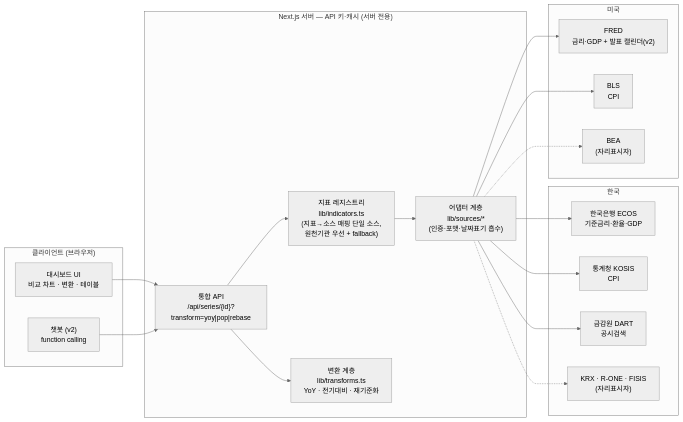
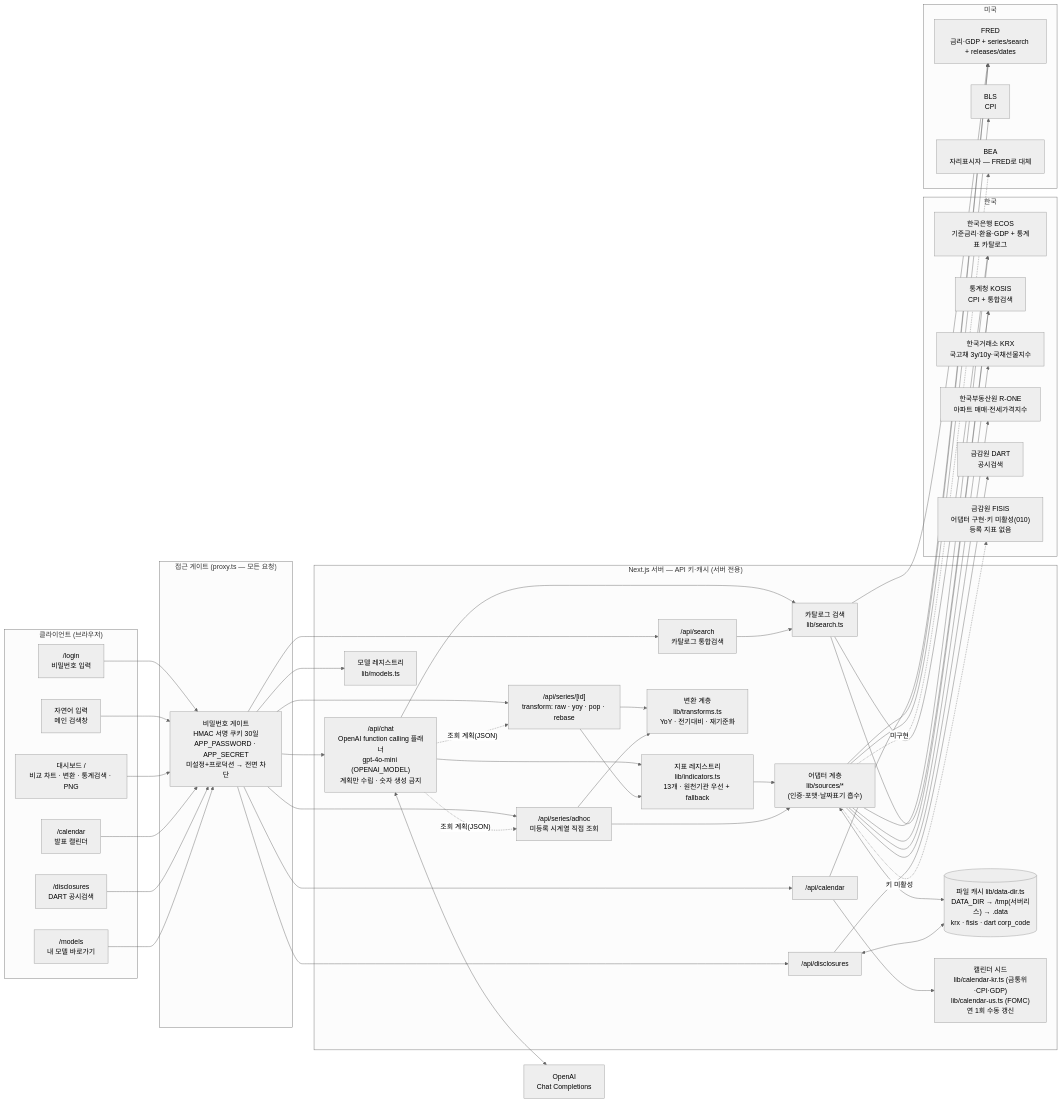
One commit to zzeonso1-ssonim/report-studio changed the diagram in docs/ARCHITECTURE.md. Above: the diagram before and after it, drawn with Mermaid (neutral theme). The commit also changed other lines of this file and 2 other files, not shown here.

Commit message:
문서 최신화: 배포·인증 게이트·v2 완료 항목·소스 현황·지표 13종·미결사항 정리 (PRD·ARCHITECTURE·README)

````diff
--- a/docs/ARCHITECTURE.md
+++ b/docs/ARCHITECTURE.md
@@ -3,40 +5,95 @@
 ```mermaid
 flowchart LR
   subgraph CLIENT["클라이언트 (브라우저)"]
-    UI["대시보드 UI<br/>비교 차트 · 변환 · 테이블"]
-    BOT["챗봇 (v2)<br/>function calling"]
+    ASK["자연어 입력<br/>메인 검색창"]
+    UI["대시보드 /<br/>비교 차트 · 변환 · 통계검색 · PNG"]
+    CAL["/calendar<br/>발표 캘린더"]
+    DISC["/disclosures<br/>DART 공시검색"]
+    MOD["/models<br/>내 모델 바로가기"]
+    LOGIN["/login<br/>비밀번호 입력"]
+  end
+
+  subgraph GATE["접근 게이트 (proxy.ts — 모든 요청)"]
+    PX["비밀번호 게이트<br/>HMAC 서명 쿠키 30일<br/>APP_PASSWORD · APP_SECRET<br/>미설정+프로덕션 → 전면 차단"]
   end
 
   subgraph SERVER["Next.js 서버 — API 키·캐시 (서버 전용)"]
-    API["통합 API<br/>/api/series/{id}?transform=yoy|pop|rebase"]
-    REG["지표 레지스트리<br/>lib/indicators.ts<br/>(지표→소스 매핑 단일 소스,<br/>원천기관 우선 + fallback)"]
+    CHAT["/api/chat<br/>OpenAI function calling 플래너<br/>gpt-4o-mini (OPENAI_MODEL)<br/>계획만 수립 · 숫자 생성 금지"]
+    SER["/api/series/[id]<br/>transform: raw · yoy · pop · rebase"]
+    ADHOC["/api/series/adhoc<br/>미등록 시계열 직접 조회"]
+    SRCH["/api/search<br/>카탈로그 통합검색"]
+    CALAPI["/api/calendar"]
+    DISCAPI["/api/disclosures"]
+    REG["지표 레지스트리<br/>lib/indicators.ts<br/>13개 · 원천기관 우선 + fallback"]
     TR["변환 계층<br/>lib/transforms.ts<br/>YoY · 전기대비 · 재기준화"]
+    SRCHLIB["카탈로그 검색<br/>lib/search.ts"]
     AD["어댑터 계층<br/>lib/sources/*<br/>(인증·포맷·날짜표기 흡수)"]
+    CACHE[("파일 캐시 lib/data-dir.ts<br/>DATA_DIR → /tmp(서버리스) → .data<br/>krx · fisis · dart corp_code")]
+    SEED["캘린더 시드<br/>lib/calendar-kr.ts (금통위·CPI·GDP)<br/>lib/calendar-us.ts (FOMC)<br/>연 1회 수동 갱신"]
+    MODREG["모델 레지스트리<br/>lib/models.ts"]
   end
 
   subgraph KR["한국"]
-    ECOS["한국은행 ECOS<br/>기준금리·환율·GDP"]
-    KOSIS["통계청 KOSIS<br/>CPI"]
+    ECOS["한국은행 ECOS<br/>기준금리·환율·GDP + 통계표 카탈로그"]
+    KOSIS["통계청 KOSIS<br/>CPI + 통합검색"]
+    KRX["한국거래소 KRX<br/>국고채 3y/10y·국채선물지수"]
+    RONE["한국부동산원 R-ONE<br/>아파트 매매·전세가격지수"]
     DART["금감원 DART<br/>공시검색"]
-    KRSTUB["KRX · R-ONE · FISIS<br/>(자리표시자)"]
+    FISIS["금감원 FISIS<br/>어댑터 구현·키 미활성(010)<br/>등록 지표 없음"]
   end
 
   subgraph US["미국"]
-    FRED["FRED<br/>금리·GDP + 발표 캘린더(v2)"]
+    FRED["FRED<br/>금리·GDP + series/search + releases/dates"]
     BLS["BLS<br/>CPI"]
-    USSTUB["BEA<br/>(자리표시자)"]
+    BEA["BEA<br/>자리표시자 — FRED로 대체"]
   end
 
-  UI --> API
-  BOT --> API
-  API --> REG
-  API --> TR
+  OPENAI["OpenAI<br/>Chat Completions"]
+
+  LOGIN --> PX
+  ASK --> PX
+  UI --> PX
+  CAL --> PX
+  DISC --> PX
+  MOD --> PX
+
+  PX --> CHAT
+  PX --> SER
+  PX --> ADHOC
+  PX --> SRCH
+  PX --> CALAPI
+  PX --> DISCAPI
+  PX --> MODREG
+
+  CHAT <--> OPENAI
+  CHAT --> REG
+  CHAT --> SRCHLIB
+  CHAT -. "조회 계획(JSON)" .-> SER
+  CHAT -. "조회 계획(JSON)" .-> ADHOC
+
+  SER --> REG
+  SER --> TR
+  ADHOC --> TR
+  SRCH --> SRCHLIB
   REG --> AD
+  ADHOC --> AD
+  SRCHLIB --> ECOS
+  SRCHLIB --> KOSIS
+  SRCHLIB --> FRED
+
+  CALAPI --> SEED
+  CALAPI --> FRED
+  DISCAPI --> DART
+
   AD --> ECOS
   AD --> KOSIS
-  AD --> DART
-  AD -.-> KRSTUB
+  AD --> KRX
+  AD --> RONE
   AD --> FRED
   AD --> BLS
-  AD -.-> USSTUB
+  AD -. "키 미활성" .-> FISIS
+  AD -. "미구현" .-> BEA
+
+  AD <--> CACHE
+  DISCAPI <--> CACHE
 ```
````
